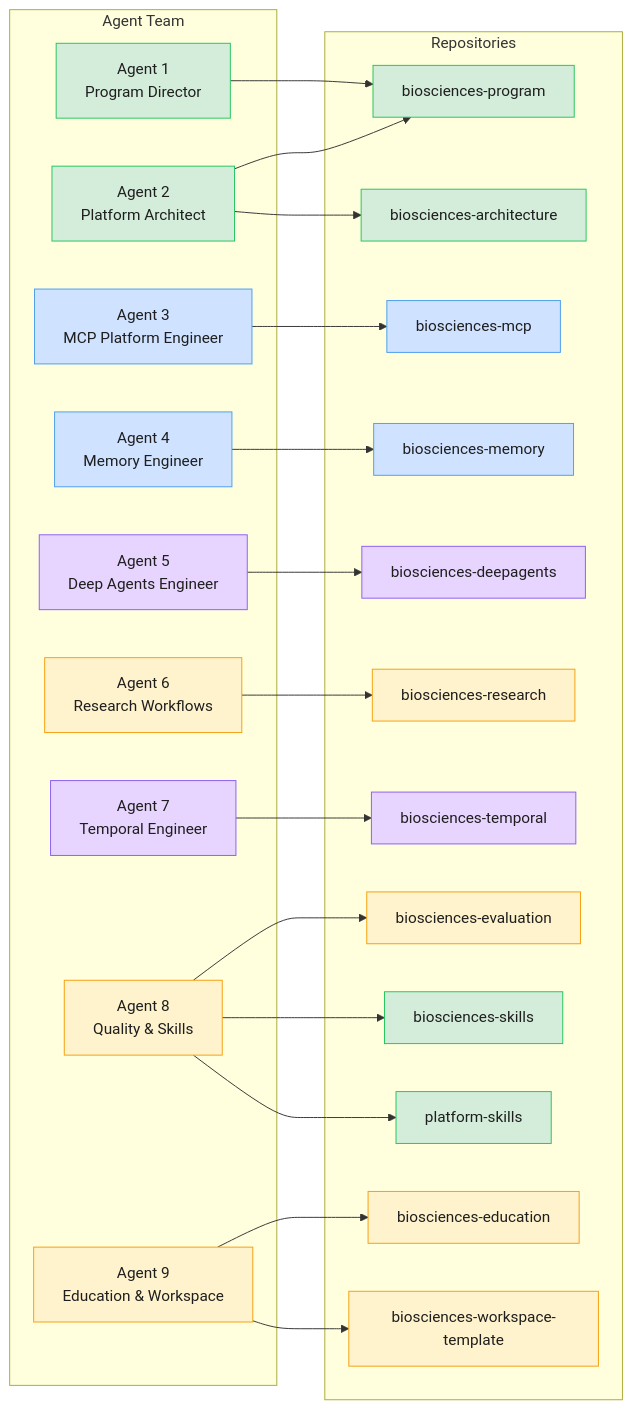
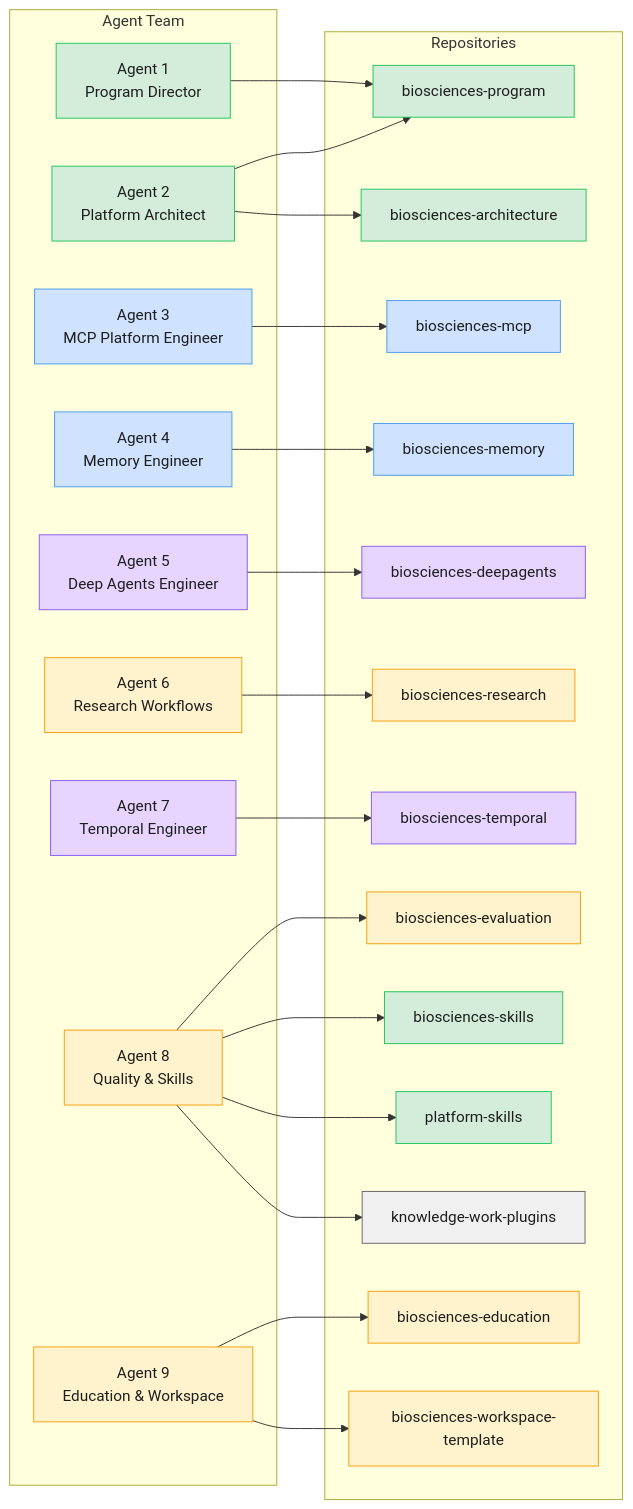
One commit to open-biosciences/biosciences-program changed the diagram in docs/diagrams/agent-ownership-map.md. Above: the diagram before and after it, drawn with Mermaid. The commit also changed other lines of this file and 9 other files, not shown here.

First line of the commit message:
docs: update diagrams and add 3 new architectural diagrams

````diff
--- a/docs/diagrams/agent-ownership-map.md
+++ b/docs/diagrams/agent-ownership-map.md
@@ -6,66 +6,69 @@
 ```mermaid
 flowchart LR
     subgraph agents["Agent Team"]
         a1["Agent 1<br/>Program Director"]
         a2["Agent 2<br/>Platform Architect"]
         a3["Agent 3<br/>MCP Platform Engineer"]
         a4["Agent 4<br/>Memory Engineer"]
         a5["Agent 5<br/>Deep Agents Engineer"]
         a6["Agent 6<br/>Research Workflows"]
         a7["Agent 7<br/>Temporal Engineer"]
         a8["Agent 8<br/>Quality & Skills"]
         a9["Agent 9<br/>Education & Workspace"]
     end
 
     subgraph repos["Repositories"]
         r_prog["biosciences-program"]
         r_arch["biosciences-architecture"]
         r_mcp["biosciences-mcp"]
         r_mem["biosciences-memory"]
         r_deep["biosciences-deepagents"]
         r_res["biosciences-research"]
         r_temp["biosciences-temporal"]
         r_eval["biosciences-evaluation"]
         r_skills["biosciences-skills"]
         r_platskills["platform-skills"]
+        r_kwp["knowledge-work-plugins"]
         r_edu["biosciences-education"]
         r_ws["biosciences-workspace-template"]
     end
 
     a1 --> r_prog
     a2 --> r_prog
     a2 --> r_arch
     a3 --> r_mcp
     a4 --> r_mem
     a5 --> r_deep
     a6 --> r_res
     a7 --> r_temp
     a8 --> r_eval
     a8 --> r_skills
     a8 --> r_platskills
+    a8 --> r_kwp
     a9 --> r_edu
     a9 --> r_ws
 
     style a1 fill:#d4edda,stroke:#22c55e,color:#1e1e1e
     style a2 fill:#d4edda,stroke:#22c55e,color:#1e1e1e
     style a3 fill:#cfe2ff,stroke:#4a9eed,color:#1e1e1e
     style a4 fill:#cfe2ff,stroke:#4a9eed,color:#1e1e1e
     style a5 fill:#e8d5ff,stroke:#8b5cf6,color:#1e1e1e
     style a6 fill:#fff3cd,stroke:#f59e0b,color:#1e1e1e
     style a7 fill:#e8d5ff,stroke:#8b5cf6,color:#1e1e1e
     style a8 fill:#fff3cd,stroke:#f59e0b,color:#1e1e1e
     style a9 fill:#fff3cd,stroke:#f59e0b,color:#1e1e1e
 
     style r_prog fill:#d4edda,stroke:#22c55e,color:#1e1e1e
     style r_arch fill:#d4edda,stroke:#22c55e,color:#1e1e1e
     style r_mcp fill:#cfe2ff,stroke:#4a9eed,color:#1e1e1e
     style r_mem fill:#cfe2ff,stroke:#4a9eed,color:#1e1e1e
     style r_deep fill:#e8d5ff,stroke:#8b5cf6,color:#1e1e1e
     style r_res fill:#fff3cd,stroke:#f59e0b,color:#1e1e1e
     style r_temp fill:#e8d5ff,stroke:#8b5cf6,color:#1e1e1e
     style r_eval fill:#fff3cd,stroke:#f59e0b,color:#1e1e1e
     style r_skills fill:#d4edda,stroke:#22c55e,color:#1e1e1e
     style r_platskills fill:#d4edda,stroke:#22c55e,color:#1e1e1e
+    style r_kwp fill:#f0f0f0,stroke:#666666,color:#1e1e1e
     style r_edu fill:#fff3cd,stroke:#f59e0b,color:#1e1e1e
     style r_ws fill:#fff3cd,stroke:#f59e0b,color:#1e1e1e
 ```
````
